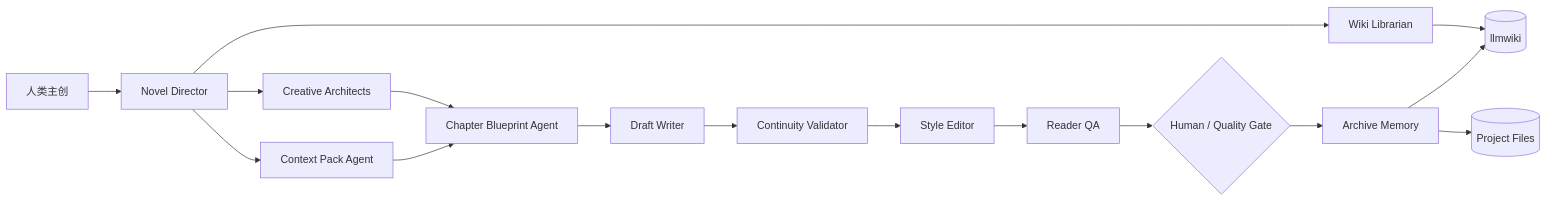
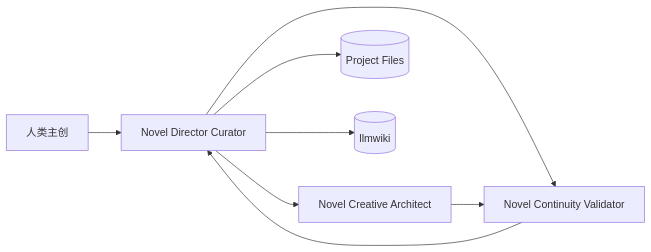
Before and after one commit to shunminli/ceo-agent-botmux: the first of 2 diagrams in docs/novel-creation-agent-team-tech-plan.md, drawn with Mermaid. The commit also changed other lines of this file, not shown here.

Commit message:
docs: simplify novel agent team design

````diff
--- a/docs/novel-creation-agent-team-tech-plan.md
+++ b/docs/novel-creation-agent-team-tech-plan.md
@@ -78,18 +95,10 @@
 ```mermaid
 flowchart LR
-  Human[人类主创] --> Director[Novel Director]
-  Director --> Wiki[Wiki Librarian]
-  Director --> Creative[Creative Architects]
-  Director --> Context[Context Pack Agent]
-  Creative --> Blueprint[Chapter Blueprint Agent]
-  Context --> Blueprint
-  Blueprint --> Writer[Draft Writer]
-  Writer --> QA[Continuity Validator]
-  QA --> Editor[Style Editor]
-  Editor --> Reader[Reader QA]
-  Reader --> Gate{Human / Quality Gate}
-  Gate --> Archive[Archive Memory]
-  Archive --> Project[(Project Files)]
-  Wiki --> LLMWiki[(llmwiki)]
-  Archive --> LLMWiki
+  Human[人类主创] --> Director[Novel Director Curator]
+  Director --> Creative[Novel Creative Architect]
+  Director --> Validator[Novel Continuity Validator]
+  Creative --> Validator
+  Validator --> Director
+  Director --> Project[(Project Files)]
+  Director --> LLMWiki[(llmwiki)]
 ```
````
